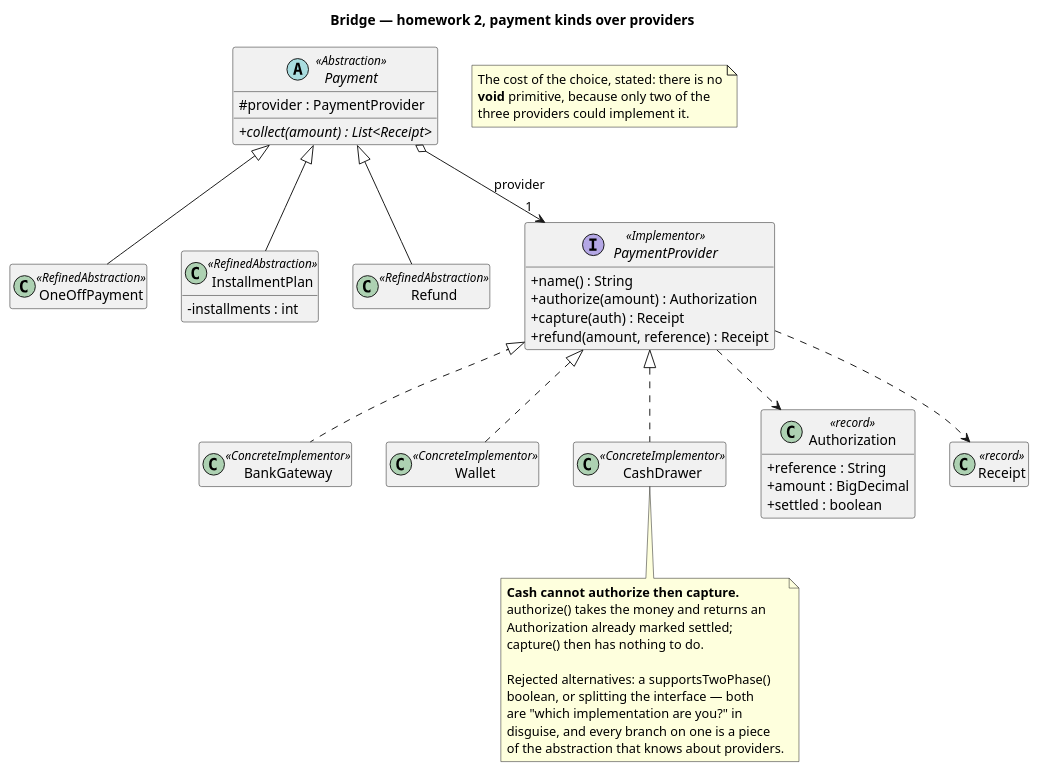
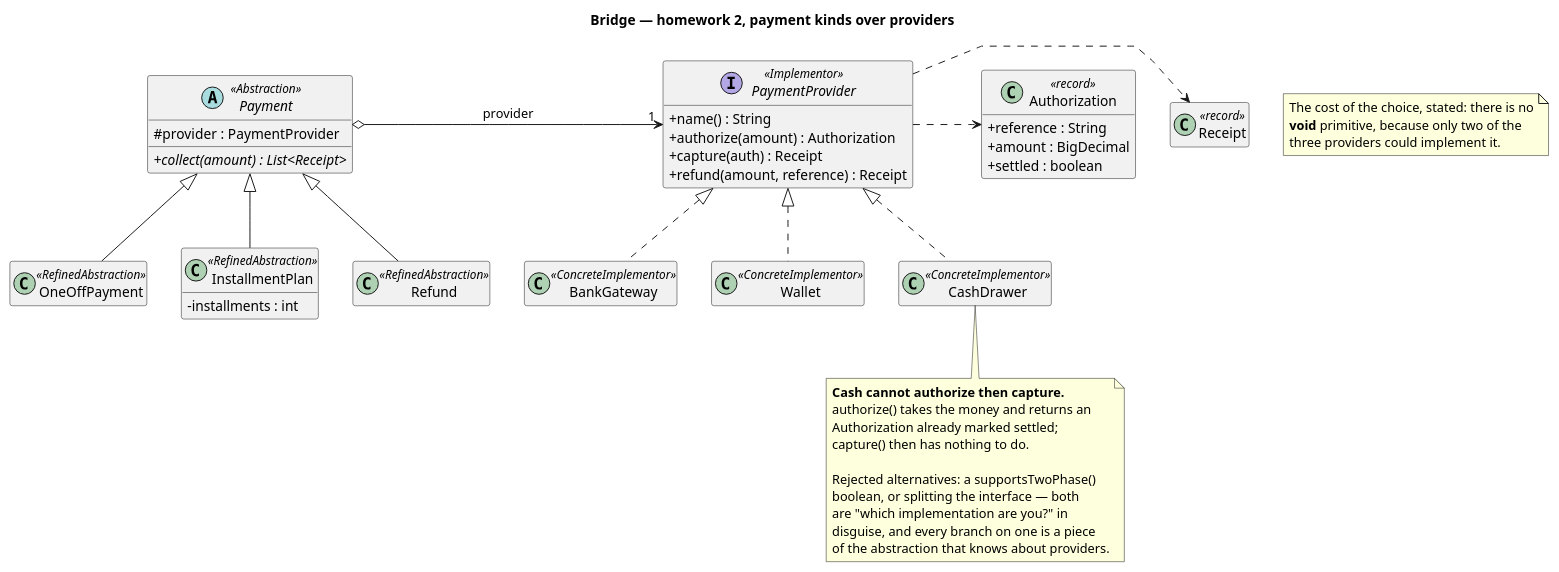
Before and after one commit to kaldiroglu/DesignPatternsWithJava: the diagram in src/main/java/dev/kaldiroglu/dp/structural/bridge/hw/paymentdesk/uml/Bridge - Payment Desk (Solution) - Class Diagram.puml, drawn with PlantUML. The commit also changed 145 other files, not shown here.

Commit message:
Structural diagrams: each parent above and centered over its children, on one row, with straight lines; pm and pluggable adapter diagrams name the current methods and classes

```diff
--- a/src/main/java/dev/kaldiroglu/dp/structural/bridge/hw/paymentdesk/uml/Bridge - Payment Desk (Solution) - Class Diagram.puml
+++ b/src/main/java/dev/kaldiroglu/dp/structural/bridge/hw/paymentdesk/uml/Bridge - Payment Desk (Solution) - Class Diagram.puml
@@ -1,65 +1,66 @@
 @startuml "Bridge - Payment Desk (Solution) - Class Diagram"
+skinparam linetype polyline
 skinparam classAttributeIconSize 0
 hide empty members
 title Bridge — homework 2, payment kinds over providers
 
 
 abstract class Payment <<Abstraction>> {
   # provider : PaymentProvider
   + {abstract} collect(amount) : List<Receipt>
 }
 
 class OneOffPayment <<RefinedAbstraction>>
 class InstallmentPlan <<RefinedAbstraction>> {
   - installments : int
 }
 class Refund <<RefinedAbstraction>>
 
 interface PaymentProvider <<Implementor>> {
   + name() : String
   + authorize(amount) : Authorization
   + capture(auth) : Receipt
   + refund(amount, reference) : Receipt
 }
 
 class BankGateway <<ConcreteImplementor>>
 class Wallet <<ConcreteImplementor>>
 class CashDrawer <<ConcreteImplementor>>
 
 class Authorization <<record>> {
   + reference : String
   + amount : BigDecimal
   + settled : boolean
 }
 class Receipt <<record>>
 
 Payment <|-- OneOffPayment
 Payment <|-- InstallmentPlan
 Payment <|-- Refund
-Payment o--> "1" PaymentProvider : provider
 PaymentProvider <|.. BankGateway
 PaymentProvider <|.. Wallet
 PaymentProvider <|.. CashDrawer
-PaymentProvider ..> Authorization
-PaymentProvider ..> Receipt
 
 note bottom of CashDrawer
   <b>Cash cannot authorize then capture.</b>
   authorize() takes the money and returns an
   Authorization already marked settled;
   capture() then has nothing to do.
 
   Rejected alternatives: a supportsTwoPhase()
   boolean, or splitting the interface — both
   are "which implementation are you?" in
   disguise, and every branch on one is a piece
   of the abstraction that knows about providers.
 end note
 
 note as N1
   The cost of the choice, stated: there is no
   <b>void</b> primitive, because only two of the
   three providers could implement it.
 end note
 
+Payment o-[norank]-> "1" PaymentProvider : provider
+PaymentProvider .[norank].> Authorization
+PaymentProvider .[norank].> Receipt
 @enduml
```
